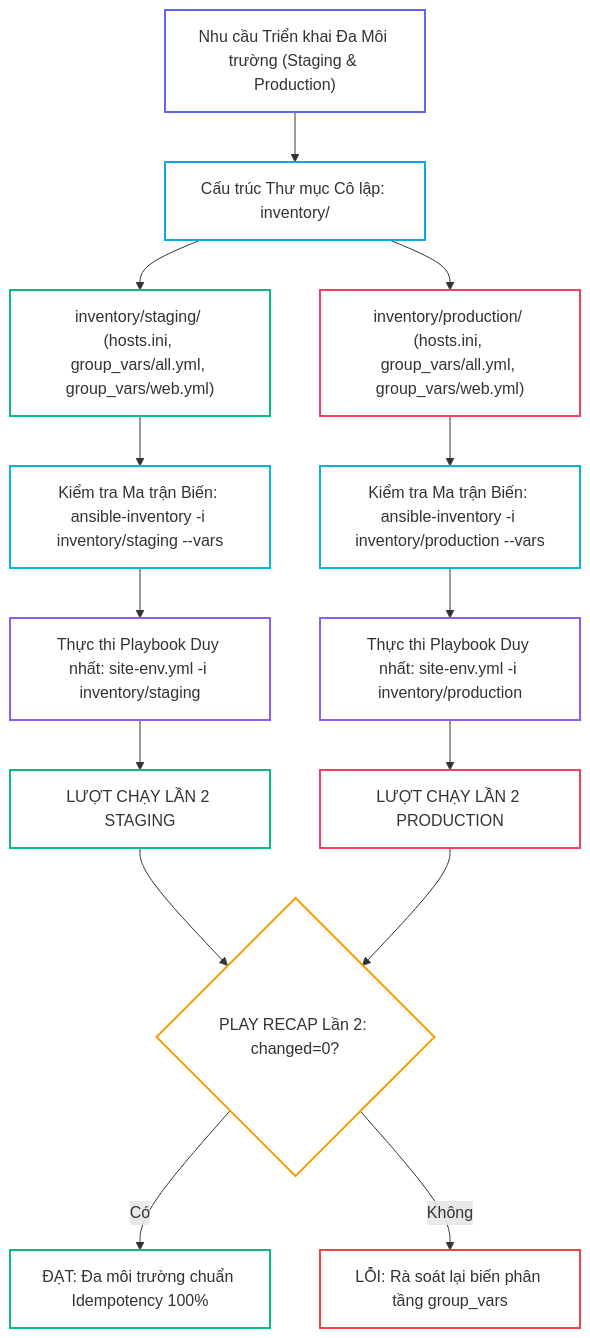
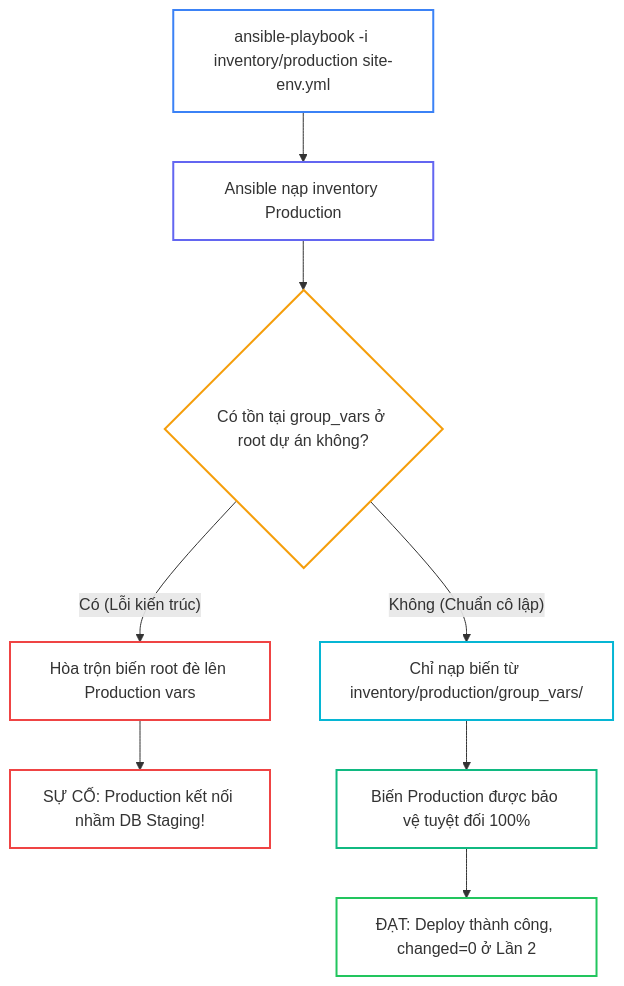
Before and after one commit to kiennt308/ntk: the second of 3 diagrams in _posts/2026-09-13-ansible-19-19-da-moi-truong-inventory.md, drawn with Mermaid. The commit also changed other lines of this file and 30 other files, not shown here.

Commit message:
refactor(ansible): standardize all 31 posts to 7-section structure and clean QA cards

````diff
--- a/_posts/2026-09-13-ansible-19-19-da-moi-truong-inventory.md
+++ b/_posts/2026-09-13-ansible-19-19-da-moi-truong-inventory.md
@@ -339,36 +202,20 @@
 ```mermaid
 flowchart TD
-    A["Nhu cầu Triển khai Đa Môi trường (Staging & Production)"] --> B["Cấu trúc Thư mục Cô lập: inventory/"]
+    A["ansible-playbook -i inventory/production site-env.yml"] --> B["Ansible nạp inventory Production"]
+    B --> C{"Có tồn tại group_vars ở root dự án không?"}
+    C -->|"Có (Lỗi kiến trúc)"| D["Hòa trộn biến root đè lên Production vars"]
+    D --> E["SỰ CỐ: Production kết nối nhầm DB Staging!"]
     
-    B --> C["inventory/staging/ (hosts.ini, group_vars/all.yml, group_vars/web.yml)"]
-    B --> D["inventory/production/ (hosts.ini, group_vars/all.yml, group_vars/web.yml)"]
-    
-    C --> E["Kiểm tra Ma trận Biến: ansible-inventory -i inventory/staging --vars"]
-    D --> F["Kiểm tra Ma trận Biến: ansible-inventory -i inventory/production --vars"]
-    
-    E --> G["Thực thi Playbook Duy nhất: site-env.yml -i inventory/staging"]
-    F --> H["Thực thi Playbook Duy nhất: site-env.yml -i inventory/production"]
-    
-    G --> I["LƯỢT CHẠY LẦN 2 STAGING"]
-    H --> J["LƯỢT CHẠY LẦN 2 PRODUCTION"]
-    
-    I --> K{"PLAY RECAP Lần 2: changed=0?"}
-    J --> K
-    
-    K -->|"Có"| L["ĐẠT: Đa môi trường chuẩn Idempotency 100%"]
-    K -->|"Không"| M["LỖI: Rà soát lại biến phân tầng group_vars"]
+    C -->|"Không (Chuẩn cô lập)"| F["Chỉ nạp biến từ inventory/production/group_vars/"]
+    F --> G["Biến Production được bảo vệ tuyệt đối 100%"]
+    G --> H["ĐẠT: Deploy thành công, changed=0 ở Lần 2"]
 
-    style A fill:none,stroke:#6366f1,stroke-width:2px
-    style B fill:none,stroke:#0ea5e9,stroke-width:2px
-    style C fill:none,stroke:#10b981,stroke-width:2px
-    style D fill:none,stroke:#f43f5e,stroke-width:2px
-    style E fill:none,stroke:#06b6d4,stroke-width:2px
+    style A fill:none,stroke:#3b82f6,stroke-width:2px
+    style B fill:none,stroke:#6366f1,stroke-width:2px
+    style C fill:none,stroke:#f59e0b,stroke-width:2px
+    style D fill:none,stroke:#ef4444,stroke-width:2px
+    style E fill:none,stroke:#ef4444,stroke-width:2px
     style F fill:none,stroke:#06b6d4,stroke-width:2px
-    style G fill:none,stroke:#8b5cf6,stroke-width:2px
-    style H fill:none,stroke:#8b5cf6,stroke-width:2px
-    style I fill:none,stroke:#10b981,stroke-width:2px
-    style J fill:none,stroke:#f43f5e,stroke-width:2px
-    style K fill:none,stroke:#f59e0b,stroke-width:2px
-    style L fill:none,stroke:#10b981,stroke-width:2px
-    style M fill:none,stroke:#ef4444,stroke-width:2px
+    style G fill:none,stroke:#10b981,stroke-width:2px
+    style H fill:none,stroke:#22c55e,stroke-width:2px
 ```
````
